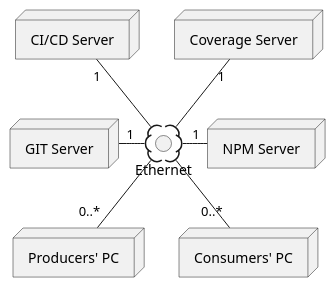
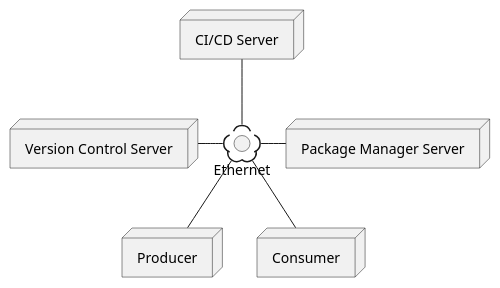
Before and after one commit to imazzine/design: the first of 3 diagrams in uml/cli.puml, drawn with PlantUML. The commit also changed other lines of this file and 6 other files, not shown here.

```diff
--- a/uml/cli.puml
+++ b/uml/cli.puml
@@ -1,17 +1,15 @@
-@startuml devices
-    node "GIT Server" as GITServer
-    node "NPM Server" as NPMServer
+@startuml devices_circle
+    node "Version Control Server" as VCServer
+    node "Package Manager Server" as PackageServer
     node "CI/CD Server" as CICDServer
-    node "Coverage Server" as CoverageServer
-    node "Producers' PC" as DeveloperPC
-    node "Consumers' PC" as UserPC
+    node "Producer" as Developer
+    node "Consumer" as User
 
     interface "Ethernet" as Ethernet
 
-    GITServer "1" -( Ethernet
-    CICDServer "1" --( Ethernet
-    CoverageServer "1" --( Ethernet
-    Ethernet )- "1" NPMServer
-    Ethernet )-- "0..*" DeveloperPC
-    Ethernet )-- "0..*" UserPC
+    VCServer -( Ethernet
+    CICDServer --( Ethernet
+    Ethernet )- PackageServer
+    Ethernet )-- Developer
+    Ethernet )-- User
 @enduml
```
